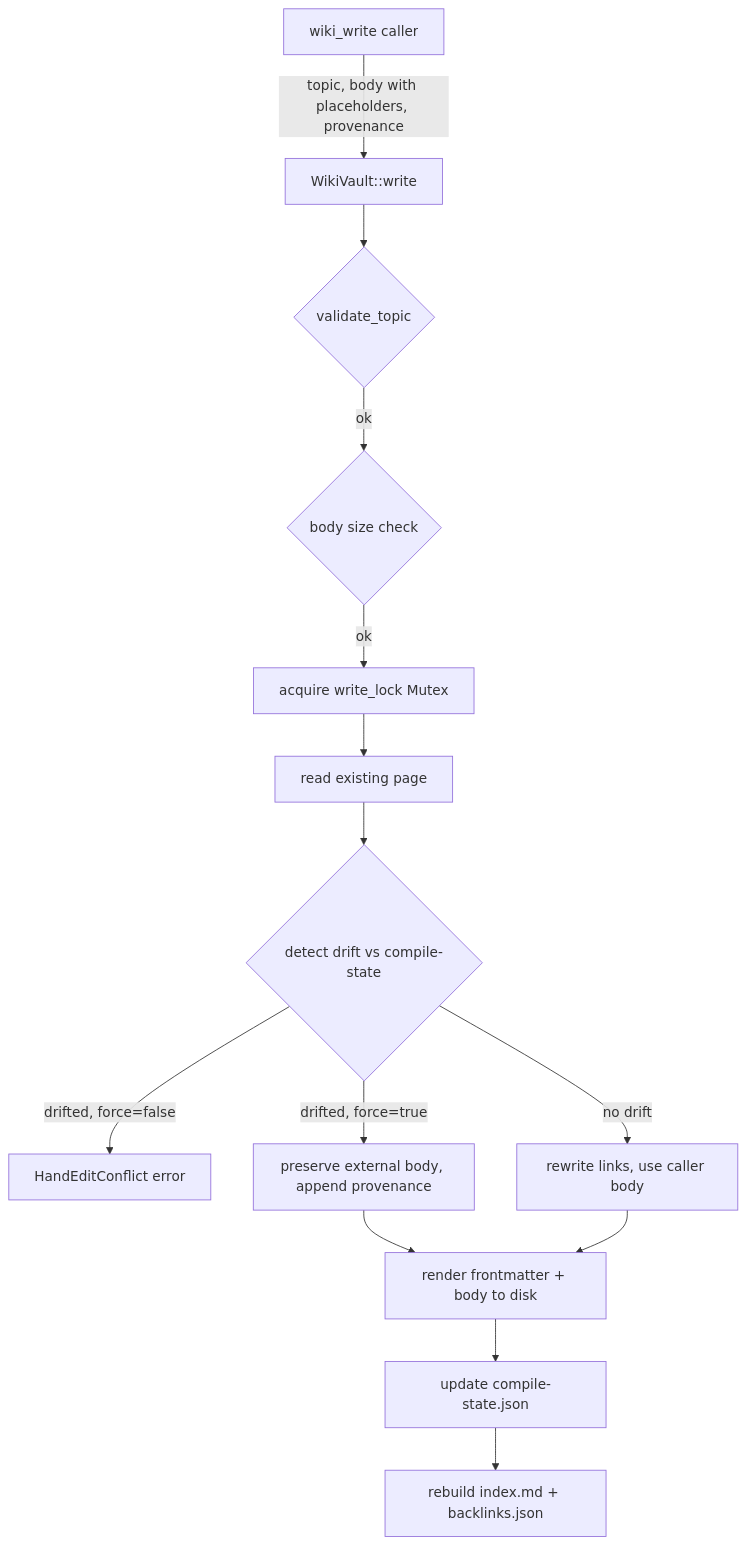
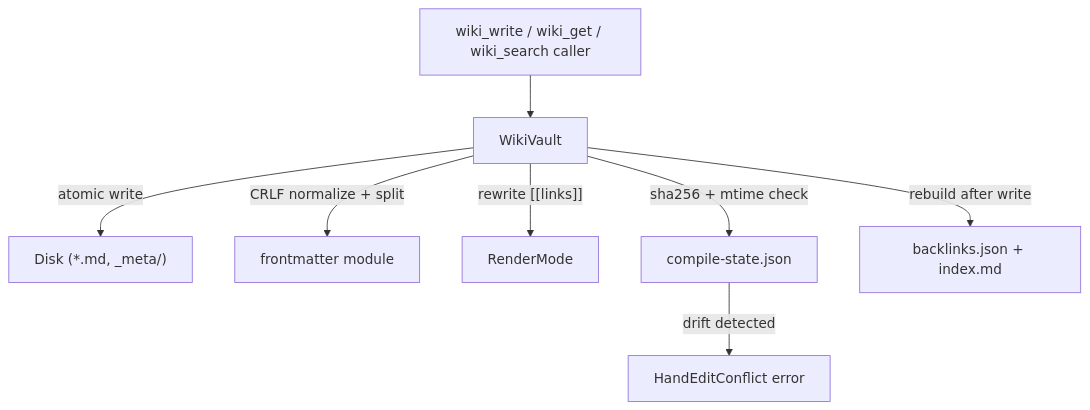
The diagram in memory-system-librefang-memory-wiki-src.md (leszek3737/librefang-WIki), drawn with Mermaid before and after one commit. The commit also changed other lines of this file and 119 other files, not shown here.

````diff
--- a/memory-system-librefang-memory-wiki-src.md
+++ b/memory-system-librefang-memory-wiki-src.md
@@ -39,16 +11,10 @@
 ```mermaid
 graph TD
-    A[wiki_write caller] -->|topic, body with placeholders, provenance| B[WikiVault::write]
-    B --> C{validate_topic}
-    C -->|ok| D{body size check}
-    D -->|ok| E[acquire write_lock Mutex]
-    E --> F[read existing page]
-    F --> G{detect drift vs compile-state}
-    G -->|drifted, force=false| H[HandEditConflict error]
-    G -->|drifted, force=true| I[preserve external body, append provenance]
-    G -->|no drift| J[rewrite links, use caller body]
-    I --> K[render frontmatter + body to disk]
-    J --> K
-    K --> L[update compile-state.json]
-    L --> M[rebuild index.md + backlinks.json]
+    Caller["wiki_write / wiki_get / wiki_search caller"] --> Vault["WikiVault"]
+    Vault -->|atomic write| Disk["Disk (*.md, _meta/)"]
+    Vault -->|CRLF normalize + split| FM["frontmatter module"]
+    Vault -->|"rewrite [[links]]"| Render["RenderMode"]
+    Vault -->|sha256 + mtime check| CS["compile-state.json"]
+    CS -->|drift detected| Conflict["HandEditConflict error"]
+    Vault -->|rebuild after write| BL["backlinks.json + index.md"]
 ```
````
